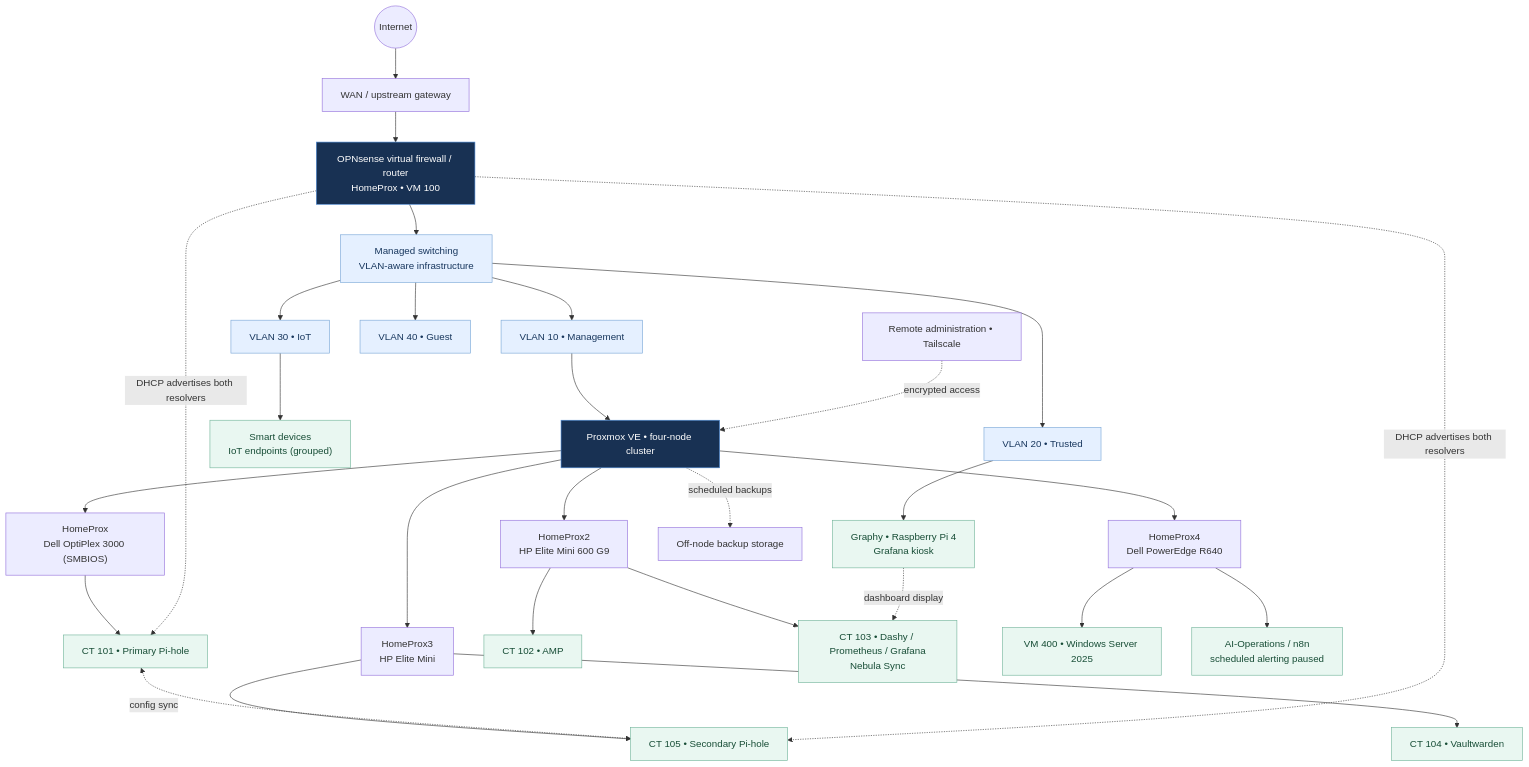
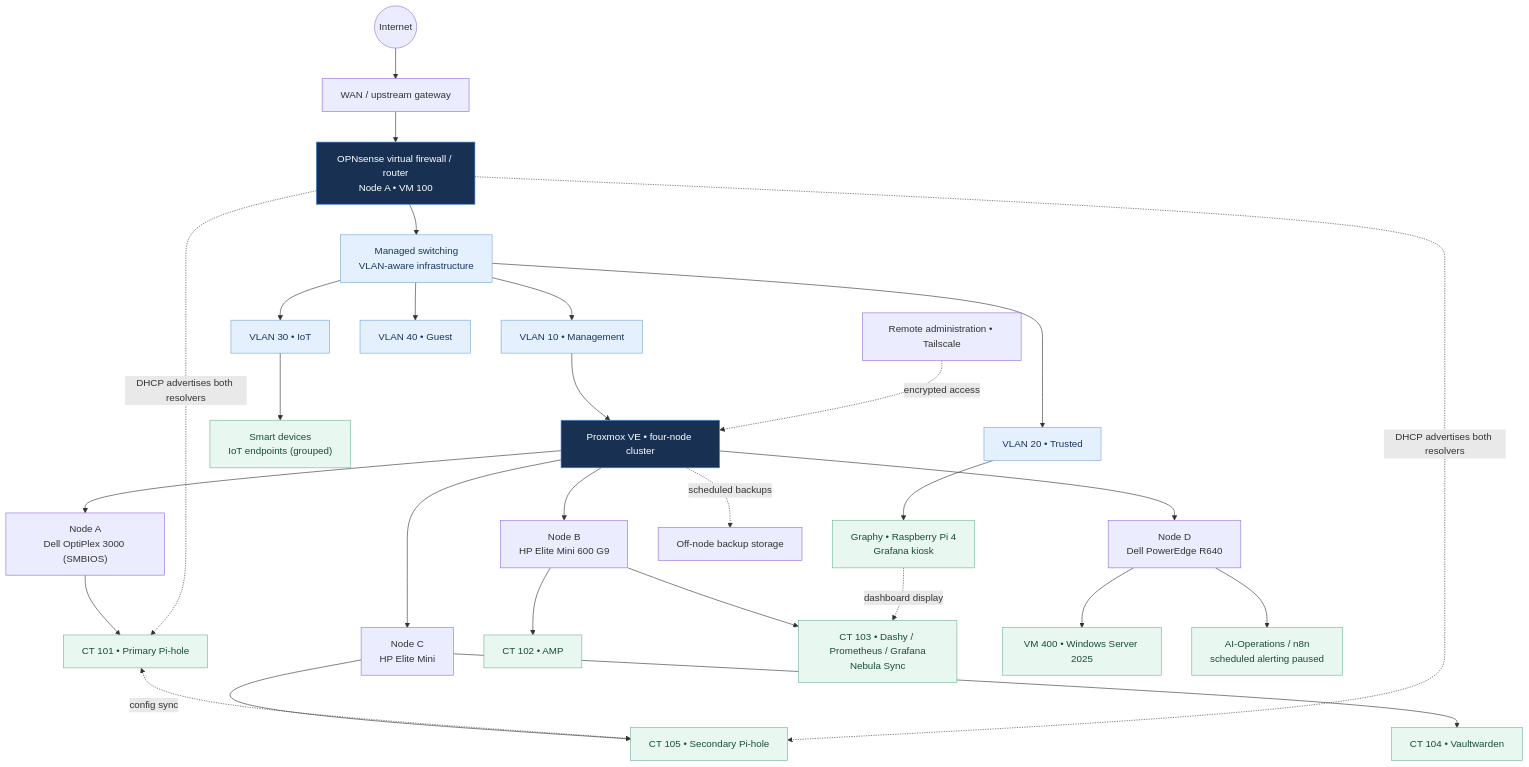
The first of 3 diagrams in network/diagrams/README.md (samuelkemp1619/HOMELAB-PORTFOLIO), drawn with Mermaid before and after one commit. The commit also changed other lines of this file, not shown here.

````diff
--- a/network/diagrams/README.md
+++ b/network/diagrams/README.md
@@ -9,36 +9,36 @@
 ```mermaid
 flowchart TB
     WAN((Internet)) --> EDGE["WAN / upstream gateway"]
-    EDGE --> FW["OPNsense virtual firewall / router<br/>HomeProx • VM 100"]
+    EDGE --> FW["OPNsense virtual firewall / router<br/>Node A • VM 100"]
     FW --> SWITCH["Managed switching<br/>VLAN-aware infrastructure"]
     SWITCH --> V10["VLAN 10 • Management"]
     SWITCH --> V20["VLAN 20 • Trusted"]
     SWITCH --> V30["VLAN 30 • IoT"]
     SWITCH --> V40["VLAN 40 • Guest"]
     V30 --> SMART["Smart devices<br/>IoT endpoints (grouped)"]
     V10 --> CLUSTER["Proxmox VE • four-node cluster"]
-    CLUSTER --> P1["HomeProx<br/>Dell OptiPlex 3000 (SMBIOS)"]
-    CLUSTER --> P2["HomeProx2<br/>HP Elite Mini 600 G9"]
-    CLUSTER --> P3["HomeProx3<br/>HP Elite Mini"]
-    CLUSTER --> P4["HomeProx4<br/>Dell PowerEdge R640"]
+    CLUSTER --> P1["Node A<br/>Dell OptiPlex 3000 (SMBIOS)"]
+    CLUSTER --> P2["Node B<br/>HP Elite Mini 600 G9"]
+    CLUSTER --> P3["Node C<br/>HP Elite Mini"]
+    CLUSTER --> P4["Node D<br/>Dell PowerEdge R640"]
     P1 --> DNS1["CT 101 • Primary Pi-hole"]
     P2 --> APP["CT 102 • AMP"]
     P2 --> OBS["CT 103 • Dashy / Prometheus / Grafana<br/>Nebula Sync"]
     P3 --> VAULT["CT 104 • Vaultwarden"]
     P3 --> DNS2["CT 105 • Secondary Pi-hole"]
     P4 --> WIN["VM 400 • Windows Server 2025"]
     P4 --> AI["AI-Operations / n8n<br/>scheduled alerting paused"]
     DNS1 <-. "config sync" .-> DNS2
     FW -. "DHCP advertises both resolvers" .-> DNS1
     FW -. "DHCP advertises both resolvers" .-> DNS2
     V20 --> GRAPHY["Graphy • Raspberry Pi 4<br/>Grafana kiosk"]
     GRAPHY -. "dashboard display" .-> OBS
     REMOTE["Remote administration • Tailscale"] -. "encrypted access" .-> CLUSTER
     CLUSTER -. "scheduled backups" .-> BACKUP["Off-node backup storage"]
     classDef core fill:#183153,color:#fff,stroke:#4c8ad5
     classDef network fill:#e5f0ff,color:#17365d,stroke:#77a5d6
     classDef service fill:#e9f7f1,color:#174d36,stroke:#71b49a
     class FW,CLUSTER core
     class SWITCH,V10,V20,V30,V40 network
     class DNS1,DNS2,OBS,VAULT,GRAPHY,APP,WIN,AI,SMART service
 ```
````
